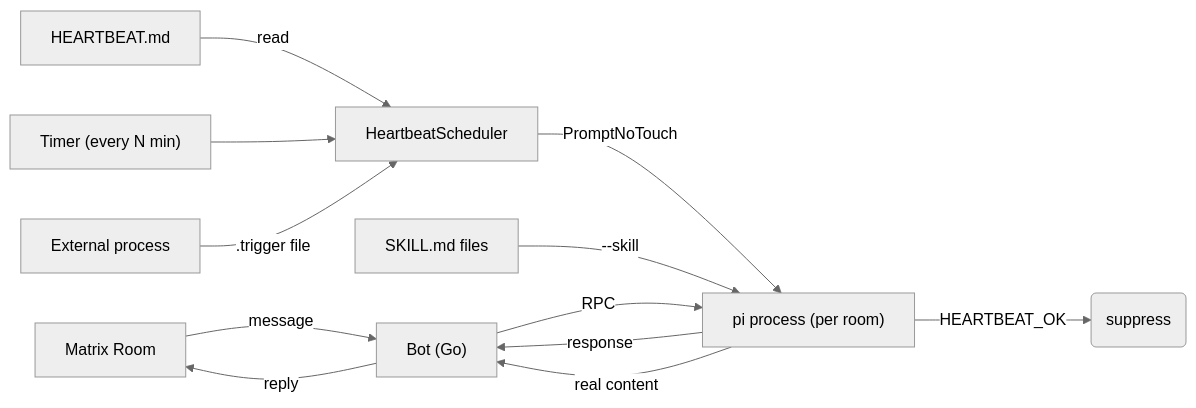
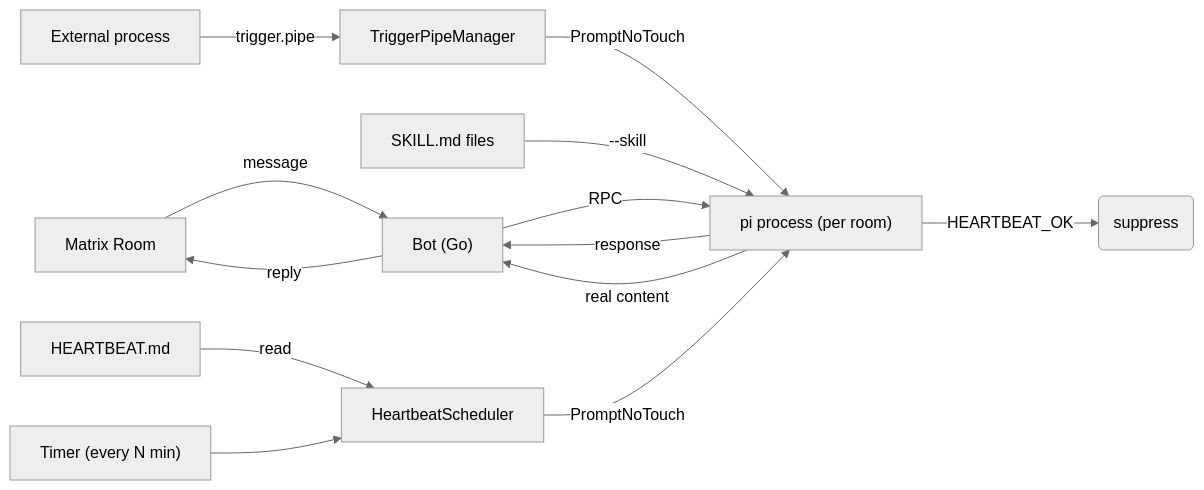
The diagram in README.md (pinpox/opencrow), drawn with Mermaid (neutral theme) before and after one commit. The commit also changed other lines of this file and 6 other files, not shown here.

````diff
--- a/README.md
+++ b/README.md
@@ -16,15 +16,16 @@
 ```mermaid
 graph LR
     Room[Matrix Room] -->|message| Bot["Bot (Go)"]
     Bot -->|RPC| Pi["pi process (per room)"]
     Pi -->|response| Bot
     Bot -->|reply| Room
 
     Skills["SKILL.md files"] -->|"--skill"| Pi
     HB["HEARTBEAT.md"] -->|read| Sched[HeartbeatScheduler]
     Timer["Timer (every N min)"] --> Sched
-    Ext["External process"] -->|".trigger file"| Sched
+    Ext["External process"] -->|"trigger.pipe"| TrigMgr[TriggerPipeManager]
+    TrigMgr -->|PromptNoTouch| Pi
     Sched -->|PromptNoTouch| Pi
     Pi -->|"HEARTBEAT_OK"| Suppress(suppress)
     Pi -->|real content| Bot
 ```
````
